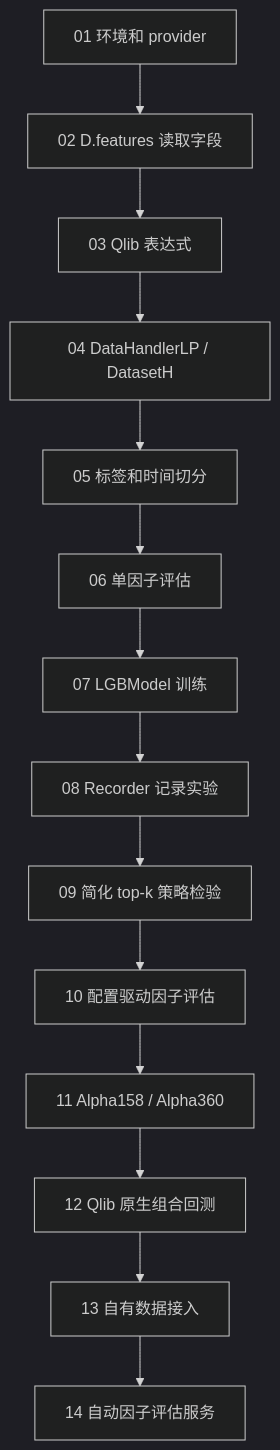
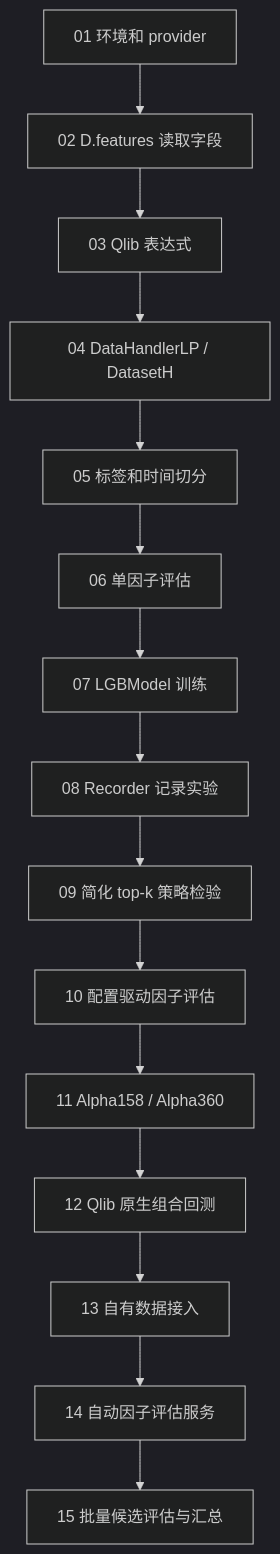
Before and after one commit to mindandhand/finance-llm-apps-roadmap: the second of 2 diagrams in qlib-demos/README.md, drawn with Mermaid (dark theme). The commit also changed other lines of this file and 9 other files, not shown here.

````diff
--- a/qlib-demos/README.md
+++ b/qlib-demos/README.md
@@ -112,16 +113,17 @@
 ```mermaid
 graph TD
     A["01 环境和 provider"] --> B["02 D.features 读取字段"]
     B --> C["03 Qlib 表达式"]
     C --> D["04 DataHandlerLP / DatasetH"]
     D --> E["05 标签和时间切分"]
     E --> F["06 单因子评估"]
     F --> G["07 LGBModel 训练"]
     G --> H["08 Recorder 记录实验"]
     H --> I["09 简化 top-k 策略检验"]
     I --> J["10 配置驱动因子评估"]
     J --> K["11 Alpha158 / Alpha360"]
     K --> L["12 Qlib 原生组合回测"]
     L --> M["13 自有数据接入"]
     M --> N["14 自动因子评估服务"]
+    N --> O["15 批量候选评估与汇总"]
 ```
````
